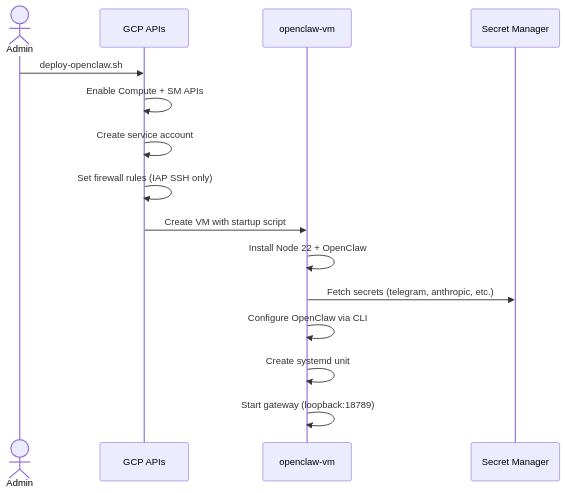
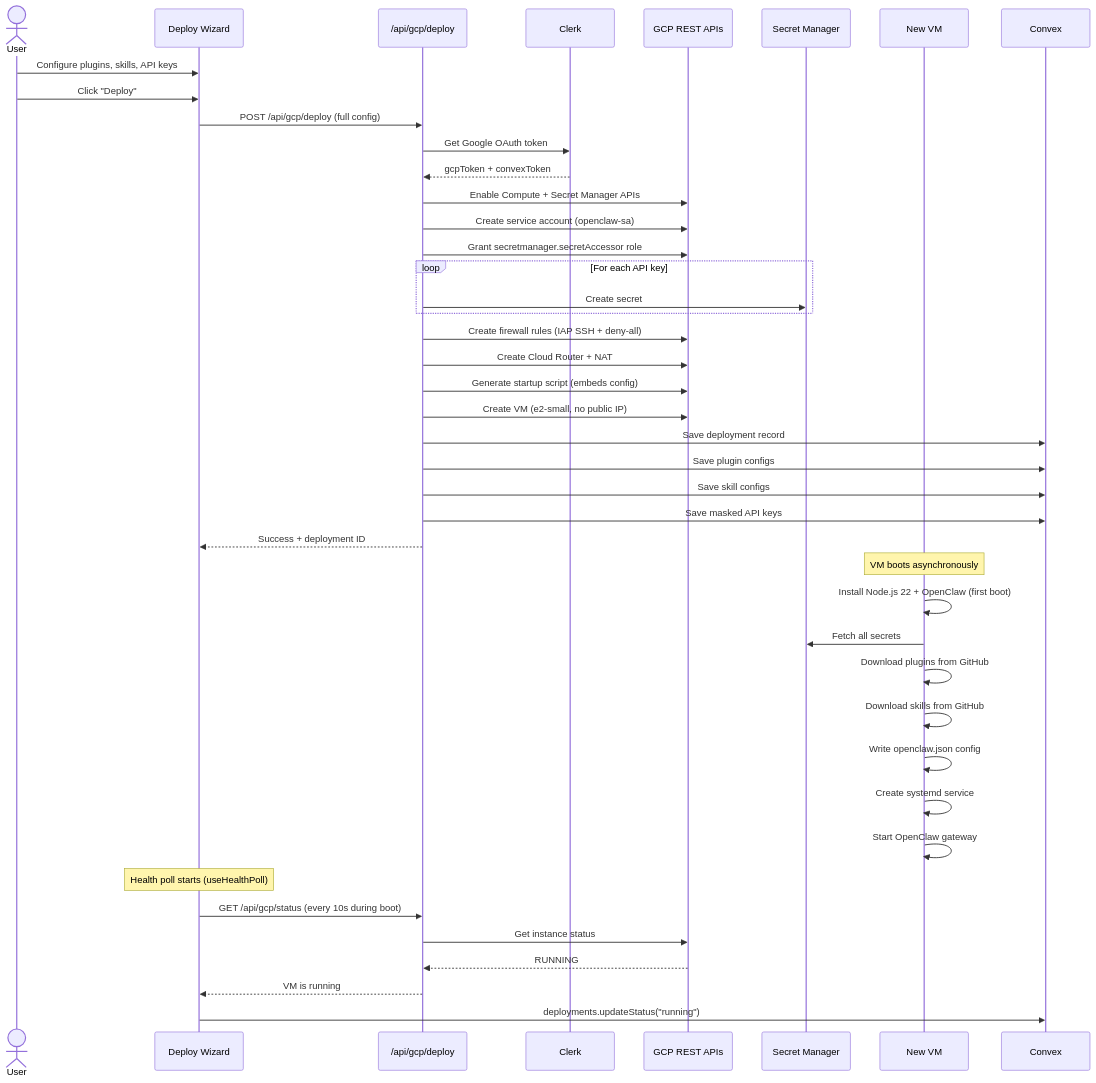
One commit to Adawodu/dynoclaw changed the second of 7 diagrams in DOCUMENTATION/diagrams/sequences.md. Above: the diagram before and after it, drawn with Mermaid. The commit also changed other lines of this file and 13 other files, not shown here.

First line of the commit message:
Add web-tools plugin, interactive job-hunter skill, update docs (#27) (#27)

````diff
--- a/DOCUMENTATION/diagrams/sequences.md
+++ b/DOCUMENTATION/diagrams/sequences.md
@@ -5,18 +41,54 @@
 ```mermaid
 sequenceDiagram
-    actor Admin
-    participant GCP as GCP APIs
-    participant VM as openclaw-vm
+    actor User
+    participant Dashboard as Deploy Wizard
+    participant API as /api/gcp/deploy
+    participant Clerk
+    participant GCP as GCP REST APIs
     participant SM as Secret Manager
+    participant VM as New VM
+    participant Convex
 
-    Admin->>GCP: deploy-openclaw.sh
-    GCP->>GCP: Enable Compute + SM APIs
-    GCP->>GCP: Create service account
-    GCP->>GCP: Set firewall rules (IAP SSH only)
-    GCP->>VM: Create VM with startup script
-    VM->>VM: Install Node 22 + OpenClaw
-    VM->>SM: Fetch secrets (telegram, anthropic, etc.)
-    VM->>VM: Configure OpenClaw via CLI
-    VM->>VM: Create systemd unit
-    VM->>VM: Start gateway (loopback:18789)
+    User->>Dashboard: Configure plugins, skills, API keys
+    User->>Dashboard: Click "Deploy"
+    Dashboard->>API: POST /api/gcp/deploy (full config)
+
+    API->>Clerk: Get Google OAuth token
+    Clerk-->>API: gcpToken + convexToken
+
+    API->>GCP: Enable Compute + Secret Manager APIs
+    API->>GCP: Create service account (openclaw-sa)
+    API->>GCP: Grant secretmanager.secretAccessor role
+
+    loop For each API key
+        API->>SM: Create secret
+    end
+
+    API->>GCP: Create firewall rules (IAP SSH + deny-all)
+    API->>GCP: Create Cloud Router + NAT
+    API->>GCP: Generate startup script (embeds config)
+    API->>GCP: Create VM (e2-small, no public IP)
+
+    API->>Convex: Save deployment record
+    API->>Convex: Save plugin configs
+    API->>Convex: Save skill configs
+    API->>Convex: Save masked API keys
+    API-->>Dashboard: Success + deployment ID
+
+    Note over VM: VM boots asynchronously
+
+    VM->>VM: Install Node.js 22 + OpenClaw (first boot)
+    VM->>SM: Fetch all secrets
+    VM->>VM: Download plugins from GitHub
+    VM->>VM: Download skills from GitHub
+    VM->>VM: Write openclaw.json config
+    VM->>VM: Create systemd service
+    VM->>VM: Start OpenClaw gateway
+
+    Note over Dashboard: Health poll starts (useHealthPoll)
+    Dashboard->>API: GET /api/gcp/status (every 10s during boot)
+    API->>GCP: Get instance status
+    GCP-->>API: RUNNING
+    API-->>Dashboard: VM is running
+    Dashboard->>Convex: deployments.updateStatus("running")
 ```
````
